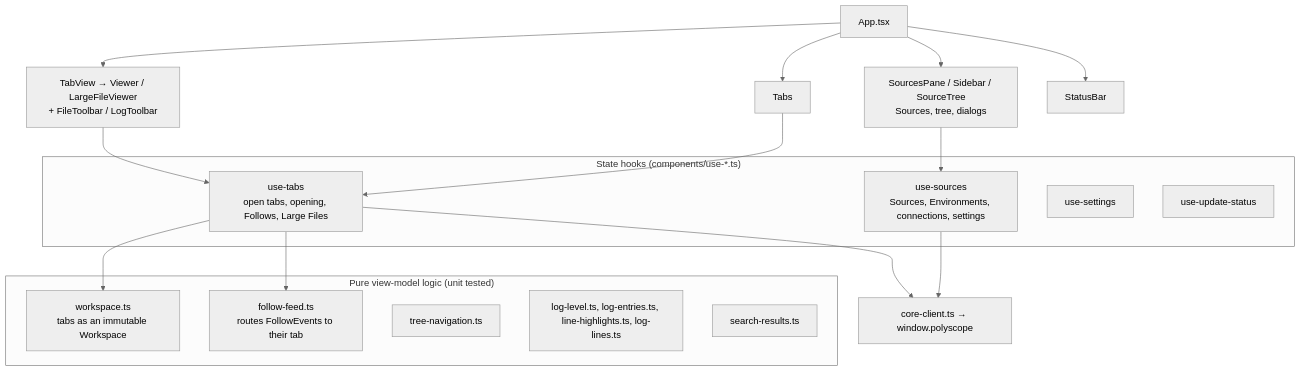
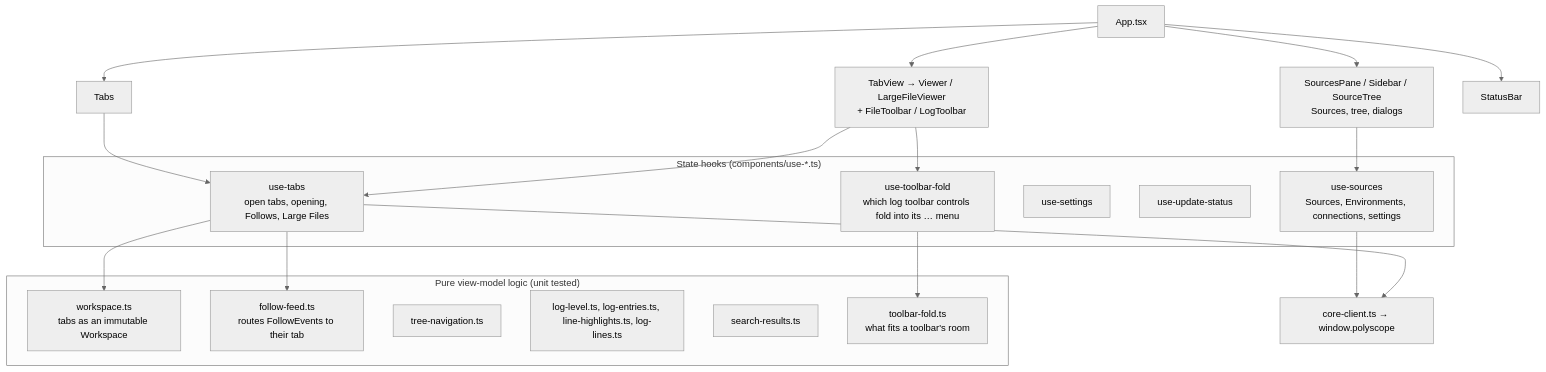
Before and after one commit to ducttapeworksorg/polyscope: the fourth of 7 diagrams in docs/architecture.md, drawn with Mermaid (neutral theme). The commit also changed 11 other files, not shown here.

First line of the commit message:
feat(viewer): fold the log toolbar into a … menu when narrow

````diff
--- a/docs/architecture.md
+++ b/docs/architecture.md
@@ -343,31 +343,35 @@
 ```mermaid
 flowchart TB
   App["App.tsx"]
   App --> SP["SourcesPane / Sidebar / SourceTree<br/>Sources, tree, dialogs"]
   App --> Tabs["Tabs"]
   App --> TV["TabView → Viewer / LargeFileViewer<br/>+ FileToolbar / LogToolbar"]
   App --> SB["StatusBar"]
 
   subgraph Hooks["State hooks (components/use-*.ts)"]
     US["use-sources<br/>Sources, Environments, connections, settings"]
     UT["use-tabs<br/>open tabs, opening, Follows, Large Files"]
     USet["use-settings"]
     UU["use-update-status"]
+    UF["use-toolbar-fold<br/>which log toolbar controls fold into its … menu"]
   end
 
   subgraph Pure["Pure view-model logic (unit tested)"]
     WS["workspace.ts<br/>tabs as an immutable Workspace"]
     FF["follow-feed.ts<br/>routes FollowEvents to their tab"]
     TN["tree-navigation.ts"]
     LH["log-level.ts, log-entries.ts, line-highlights.ts, log-lines.ts"]
     SR["search-results.ts"]
+    TF["toolbar-fold.ts<br/>what fits a toolbar's room"]
   end
 
   SP --> US
   Tabs --> UT
   TV --> UT
+  TV --> UF
+  UF --> TF
   UT --> WS
   UT --> FF
   US --> CC["core-client.ts → window.polyscope"]
   UT --> CC
 ```
````
